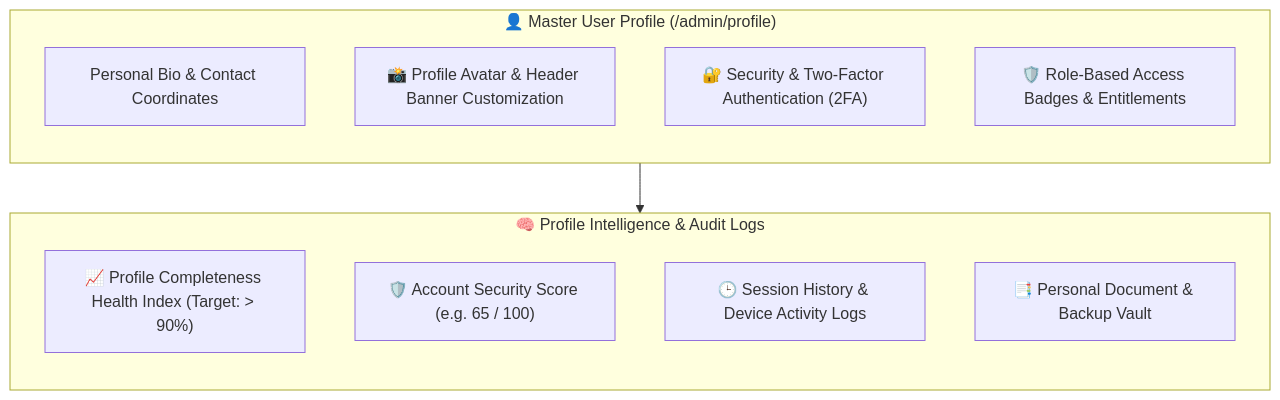
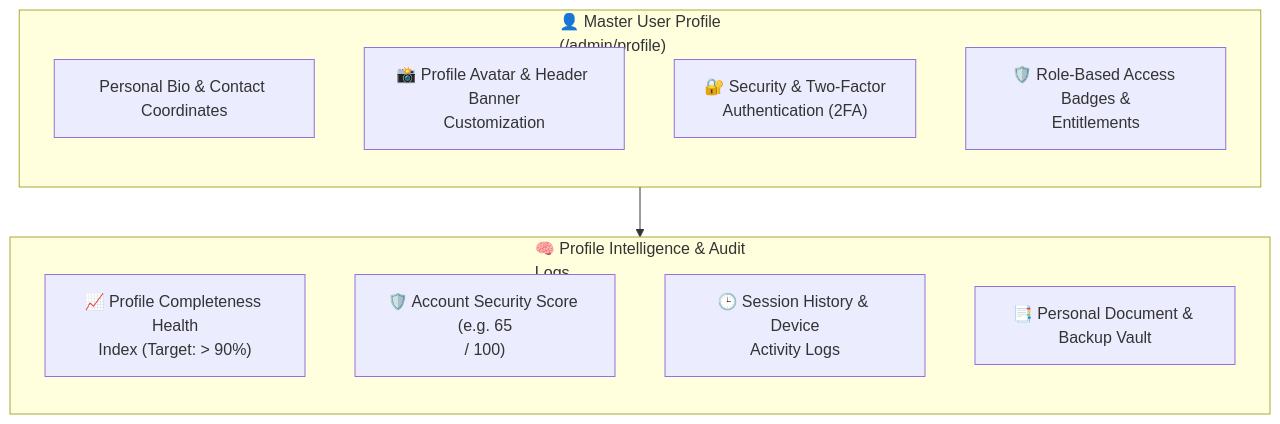
The diagram in docs/hrms/profile.md (SRJ-GROUP/hubnest_user_guide), drawn with Mermaid before and after one commit. The commit also changed 161 other files, not shown here.

Commit message:
feat: complete HubMeet suite, supervisor portal docs, diagram fixes, and interactive eye-button zoom modal

````diff
--- a/docs/hrms/profile.md
+++ b/docs/hrms/profile.md
@@ -24,20 +24,20 @@
 ```mermaid
 graph TB
-    subgraph ProfileIdentity["👤 Master User Profile (/admin/profile)"]
+    subgraph ProfileIdentity["👤 Master User Profile<br/>(/admin/profile)"]
         direction TB
         P1["Personal Bio & Contact Coordinates"]
-        P2["📸 Profile Avatar & Header Banner Customization"]
-        P3["🔐 Security & Two-Factor Authentication (2FA)"]
-        P4["🛡️ Role-Based Access Badges & Entitlements"]
+        P2["📸 Profile Avatar & Header Banner<br/>Customization"]
+        P3["🔐 Security & Two-Factor<br/>Authentication (2FA)"]
+        P4["🛡️ Role-Based Access Badges &<br/>Entitlements"]
     end
 
-    subgraph IntelligenceAndAudit["🧠 Profile Intelligence & Audit Logs"]
+    subgraph IntelligenceAndAudit["🧠 Profile Intelligence & Audit<br/>Logs"]
         direction TB
-        A1["📈 Profile Completeness Health Index (Target: > 90%)"]
-        A2["🛡️ Account Security Score (e.g. 65 / 100)"]
-        A3["🕒 Session History & Device Activity Logs"]
+        A1["📈 Profile Completeness Health<br/>Index (Target: > 90%)"]
+        A2["🛡️ Account Security Score (e.g. 65<br/>/ 100)"]
+        A3["🕒 Session History & Device<br/>Activity Logs"]
         A4["📑 Personal Document & Backup Vault"]
     end
 
     ProfileIdentity --> IntelligenceAndAudit
 ```
````
